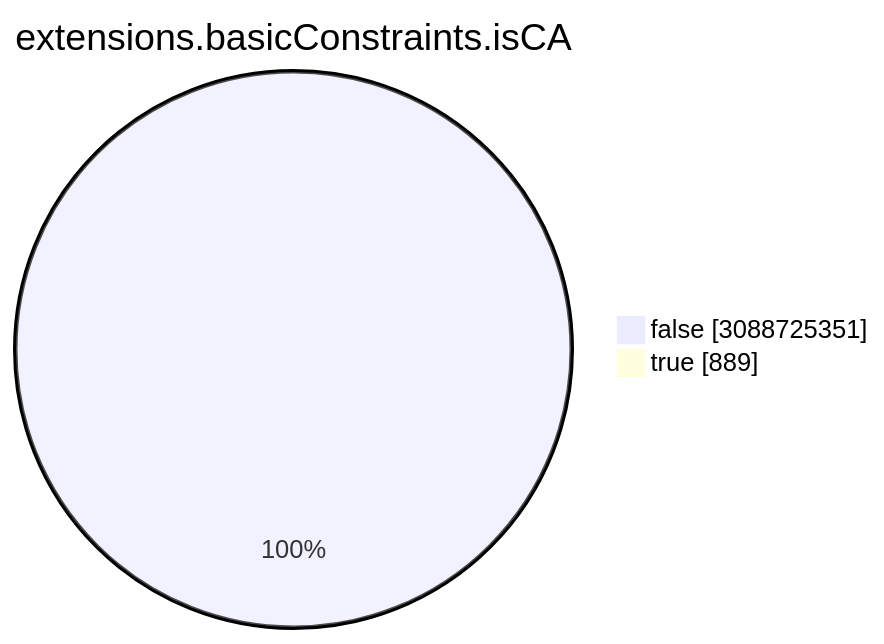
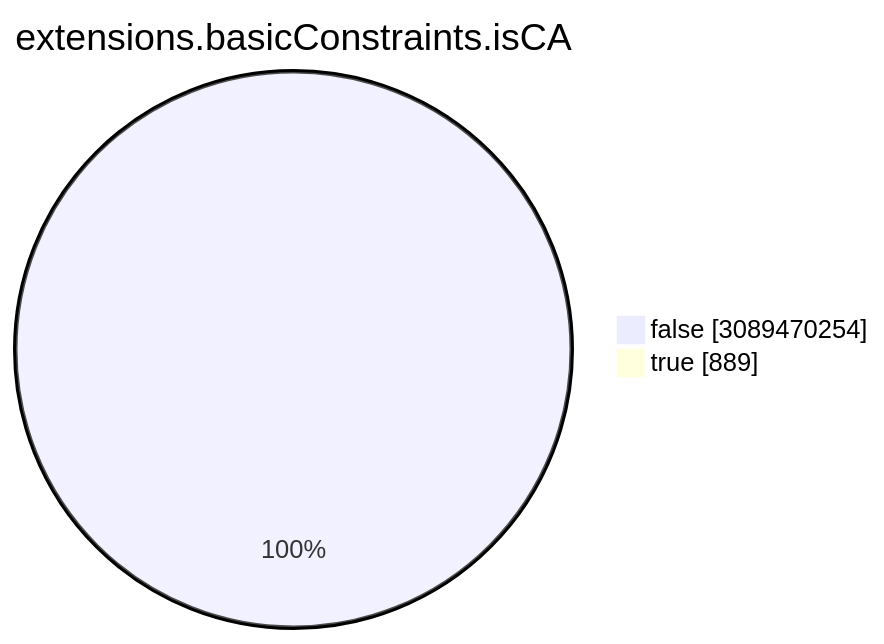
Before and after one commit to christiankrug/ctmonitor_visualization: the seventh of 15 diagrams in TOTAL/README.md, drawn with Mermaid. The commit also changed other lines of this file, not shown here.

````diff
--- a/TOTAL/README.md
+++ b/TOTAL/README.md
@@ -3086,6 +3086,6 @@
 ```mermaid
 pie showData
 title extensions.basicConstraints.isCA
-"false" :3088725351
+"false" :3089470254
 "true" :889
 ```
````
